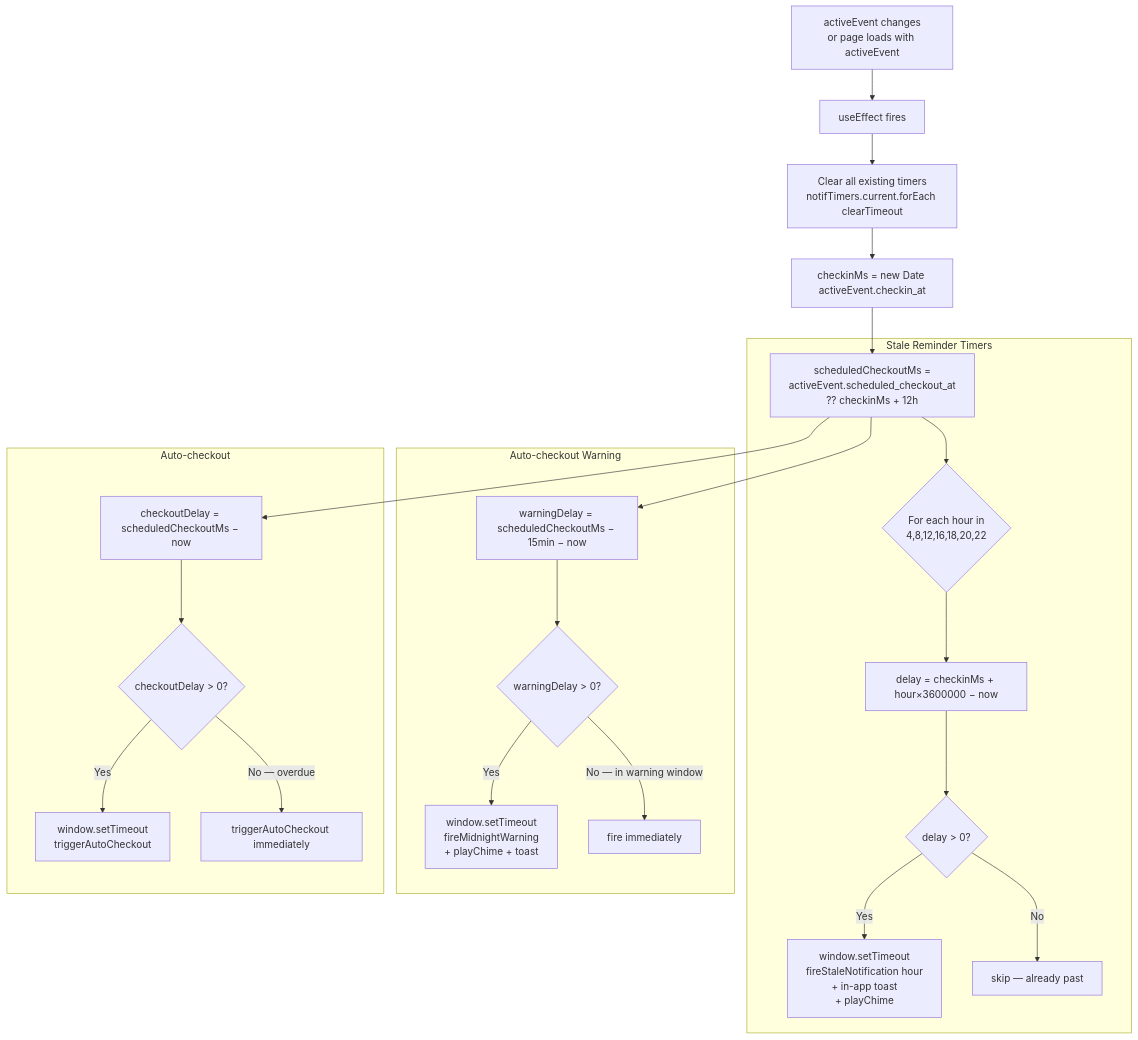
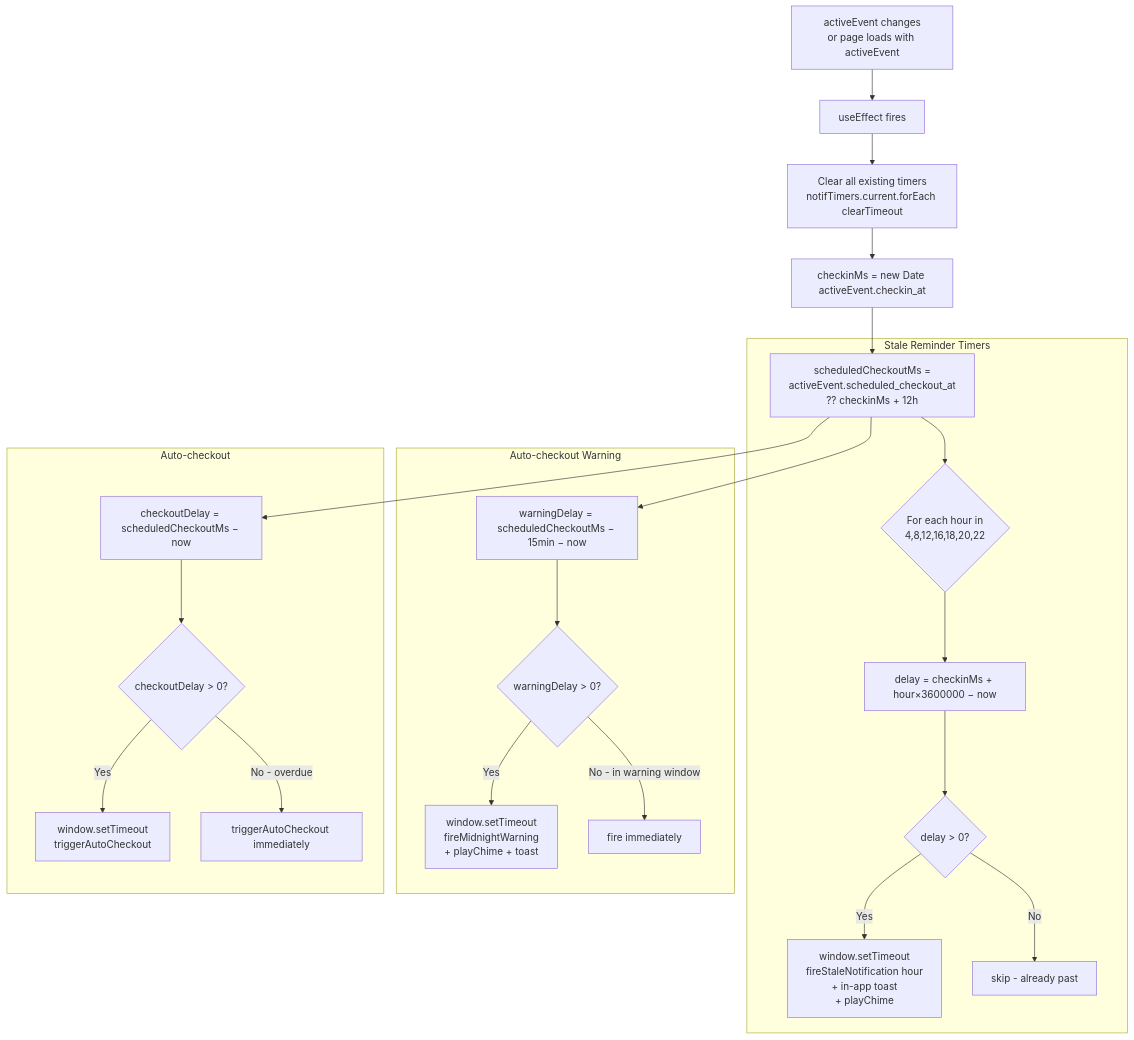
The second of 6 diagrams in docs/architecture/notification-flow.md (ksharma20/checkmark), drawn with Mermaid before and after one commit. The commit also changed other lines of this file and 75 other files, not shown here.

````diff
--- a/docs/architecture/notification-flow.md
+++ b/docs/architecture/notification-flow.md
@@ -51,29 +51,29 @@
 ```mermaid
 flowchart TD
   A[activeEvent changes\nor page loads with activeEvent] --> B[useEffect fires]
   B --> C[Clear all existing timers\nnotifTimers.current.forEach clearTimeout]
   C --> D[checkinMs = new Date activeEvent.checkin_at]
   D --> E[scheduledCheckoutMs =\nactiveEvent.scheduled_checkout_at\n?? checkinMs + 12h]
 
   subgraph StaleTimers["Stale Reminder Timers"]
     E --> F{For each hour in\n4,8,12,16,18,20,22}
     F --> G[delay = checkinMs + hour×3600000 − now]
     G --> H{delay > 0?}
     H -->|Yes| I[window.setTimeout\nfireStaleNotification hour\n+ in-app toast\n+ playChime]
-    H -->|No| J[skip — already past]
+    H -->|No| J[skip - already past]
   end
 
   subgraph WarningTimer["Auto-checkout Warning"]
     E --> K[warningDelay = scheduledCheckoutMs − 15min − now]
     K --> L{warningDelay > 0?}
     L -->|Yes| M[window.setTimeout\nfireMidnightWarning\n+ playChime + toast]
-    L -->|No — in warning window| N[fire immediately]
+    L -->|No - in warning window| N[fire immediately]
   end
 
   subgraph CheckoutTimer["Auto-checkout"]
     E --> O[checkoutDelay = scheduledCheckoutMs − now]
     O --> P{checkoutDelay > 0?}
     P -->|Yes| Q[window.setTimeout\ntriggerAutoCheckout]
-    P -->|No — overdue| R[triggerAutoCheckout immediately]
+    P -->|No - overdue| R[triggerAutoCheckout immediately]
   end
 ```
````
